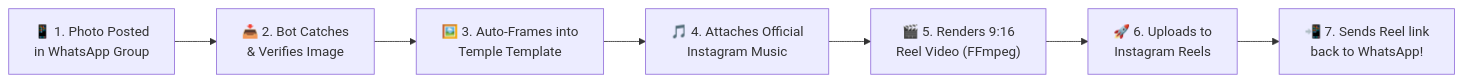
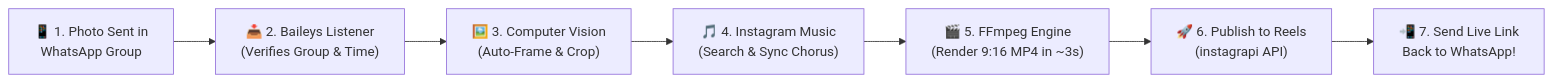
One commit to shubhamsiddhapura/instagram_post_automation changed the diagram in README.md. Above: the diagram before and after it, drawn with Mermaid. The commit also changed other lines of this file, not shown here.

````diff
--- a/README.md
+++ b/README.md
@@ -45,9 +73,9 @@
 ```mermaid
 flowchart LR
-    A["📱 1. Photo Posted<br/>in WhatsApp Group"] --> B["📥 2. Bot Catches<br/>& Verifies Image"]
-    B --> C["🖼️ 3. Auto-Frames into<br/>Temple Template"]
-    C --> D["🎵 4. Attaches Official<br/>Instagram Music"]
-    D --> E["🎬 5. Renders 9:16<br/>Reel Video (FFmpeg)"]
-    E --> F["🚀 6. Uploads to<br/>Instagram Reels"]
-    F --> G["📲 7. Sends Reel link<br/>back to WhatsApp!"]
+    A["📱 1. Photo Sent in<br/>WhatsApp Group"] --> B["📥 2. Baileys Listener<br/>(Verifies Group & Time)"]
+    B --> C["🖼️ 3. Computer Vision<br/>(Auto-Frame & Crop)"]
+    C --> D["🎵 4. Instagram Music<br/>(Search & Sync Chorus)"]
+    D --> E["🎬 5. FFmpeg Engine<br/>(Render 9:16 MP4 in ~3s)"]
+    E --> F["🚀 6. Publish to Reels<br/>(instagrapi API)"]
+    F --> G["📲 7. Send Live Link<br/>Back to WhatsApp!"]
 ```
````
